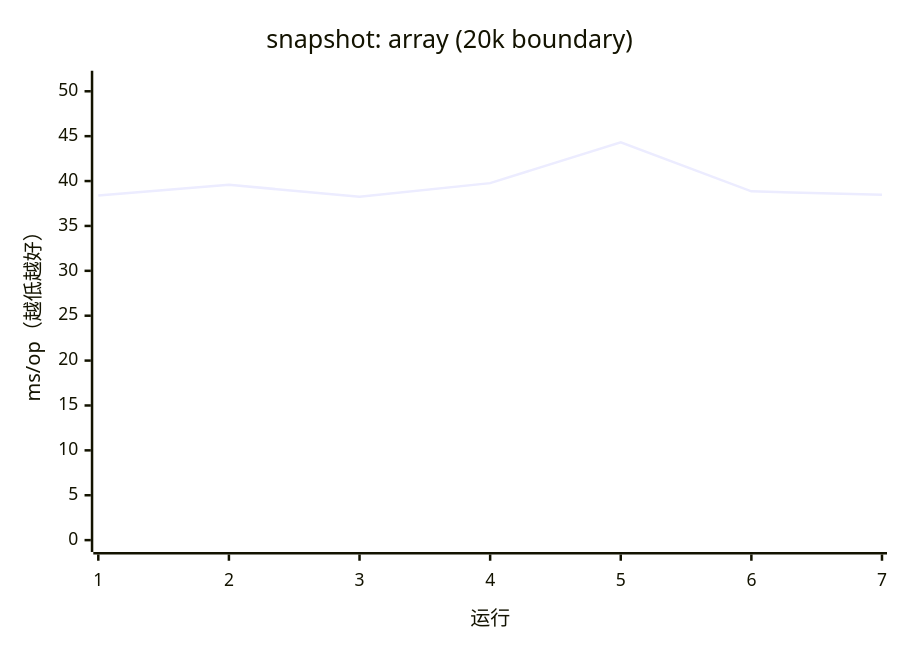
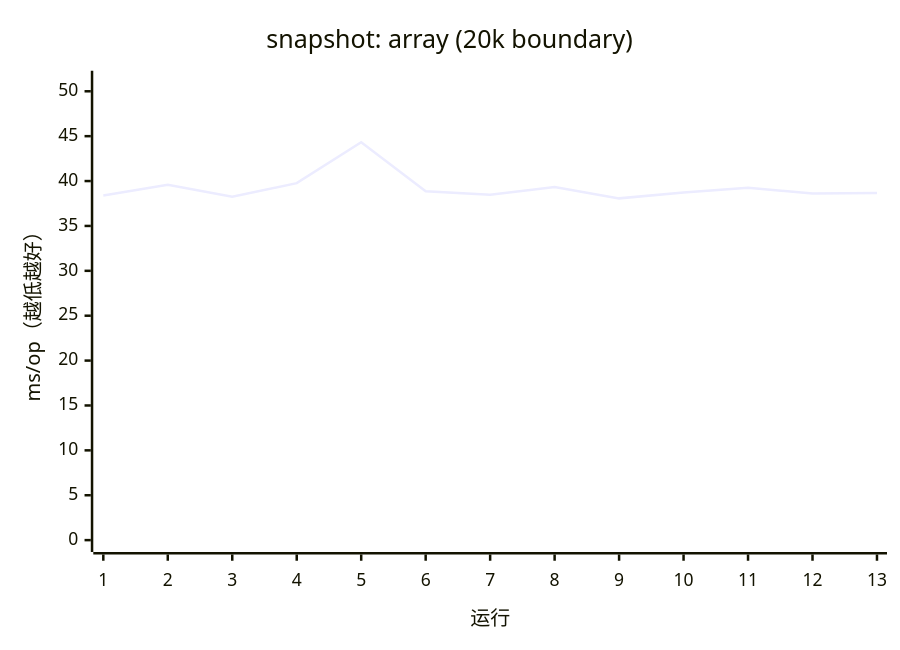
Before and after one commit to AIluffy/io: the first of 17 diagrams in apps/docs/src/content/docs/guides/benchmark.mdx, drawn with Mermaid. The commit also changed other lines of this file and 11 other files, not shown here.

````diff
--- a/apps/docs/src/content/docs/guides/benchmark.mdx
+++ b/apps/docs/src/content/docs/guides/benchmark.mdx
@@ -92,7 +179,7 @@
 ```mermaid
 xychart-beta
   title "snapshot: array (20k boundary)"
-  x-axis "运行" [1, 2, 3, 4, 5, 6, 7]
+  x-axis "运行" [1, 2, 3, 4, 5, 6, 7, 8, 9, 10, 11, 12, 13]
   y-axis "ms/op（越低越好）" 0 --> 50.9648
-  line [38.3919, 39.5763, 38.256, 39.7677, 44.3172, 38.8518, 38.4879]
+  line [38.3919, 39.5763, 38.256, 39.7677, 44.3172, 38.8518, 38.4879, 39.3373, 38.0714, 38.7314, 39.2405, 38.6115, 38.6693]
 ```
````
